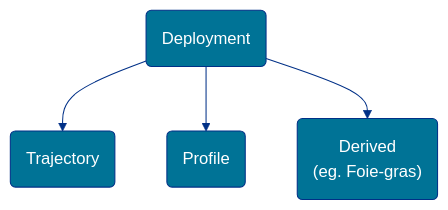
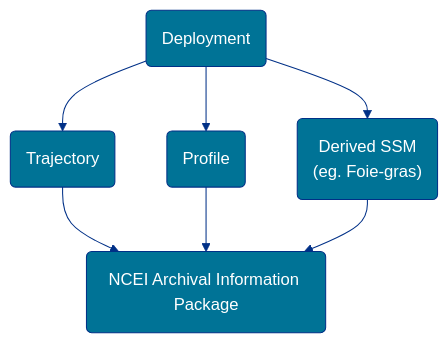
The second of 2 diagrams in README-ArchiveSOP.md (ioos/ioos-atn-data), drawn with Mermaid before and after one commit. The commit also changed other lines of this file, not shown here.

````diff
--- a/README-ArchiveSOP.md
+++ b/README-ArchiveSOP.md
@@ -45,27 +45,31 @@
 ```mermaid
 %%{
   init: {
     'theme': 'base',
     'themeVariables': {
       'primaryColor': '#007396',
       'primaryTextColor': '#fff',
       'primaryBorderColor': '#003087',
       'lineColor': '#003087',
       'secondaryColor': '#007396',
       'tertiaryColor': '#CCD1D1'
     },
    'flowchart': { 'curve': 'basis' }
   }
 }%%
 flowchart TD
 %% Nodes
     A("Deployment")
     B("Trajectory")
     C("Profile")
-    D("Derived\n(eg. Foie-gras)")
+    D("Derived SSM\n(eg. Foie-gras)")
+    E("NCEI Archival Information Package")
 
 %% build the graph
     A --> B 
     A --> C 
-    A --> D 
+    A --> D
+    B --> E
+    C --> E
+    D --> E
 ```
````
